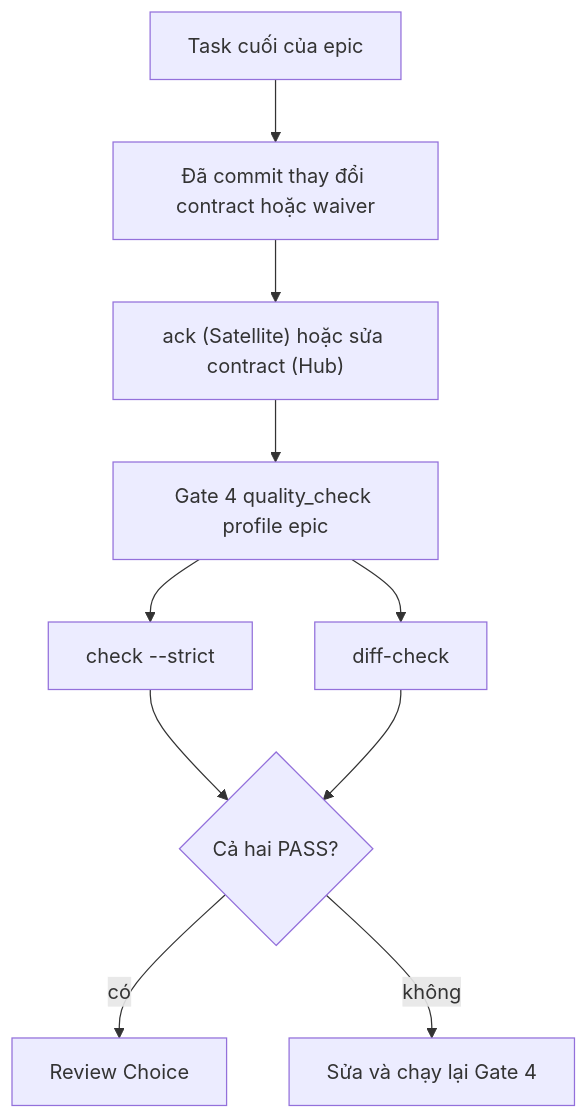
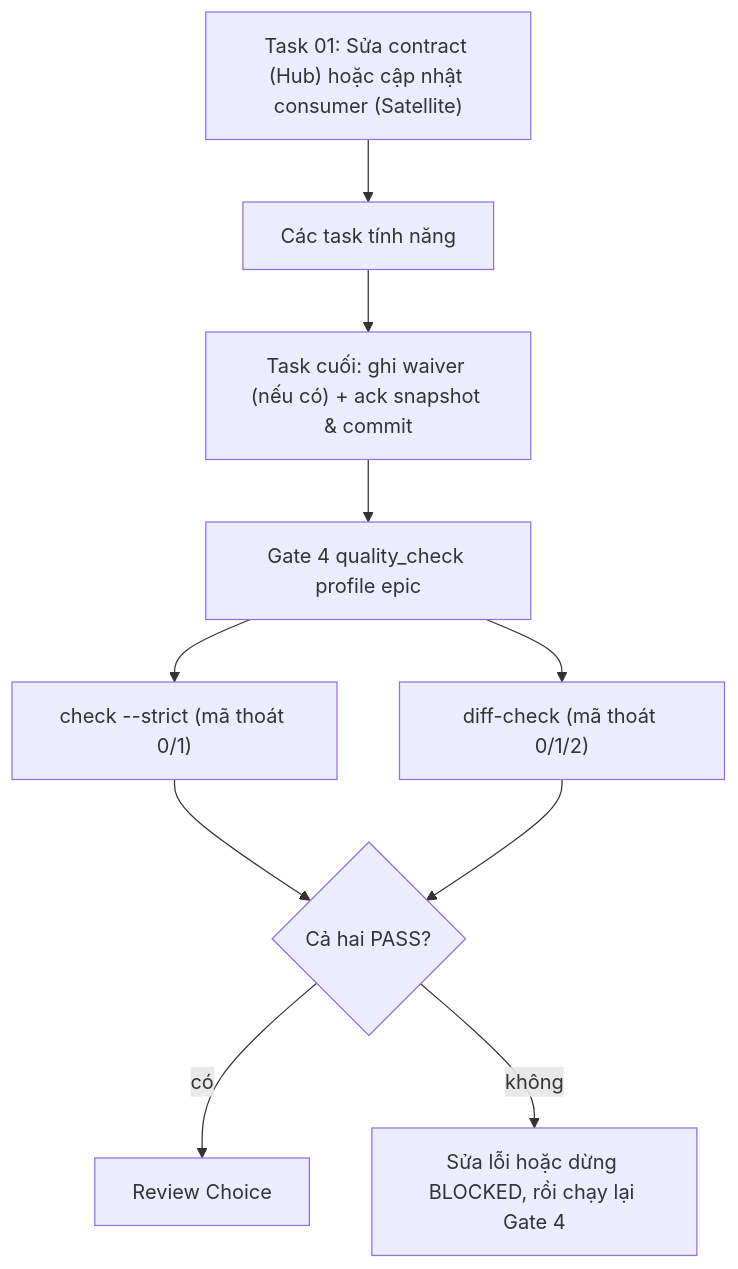
The diagram in docs/superpowers/specs/2026-10-31-contract-diff-gate-design.vi.md (DanhDue/ai-agent-tools), drawn with Mermaid before and after one commit. The commit also changed other lines of this file and 1 other file, not shown here.

First line of the commit message:
[CONTRACT_DIFF_GATE] Refine design spec with CLI, waiver, and schema details

````diff
--- a/docs/superpowers/specs/2026-10-31-contract-diff-gate-design.vi.md
+++ b/docs/superpowers/specs/2026-10-31-contract-diff-gate-design.vi.md
@@ -108,12 +168,12 @@
 ```mermaid
 flowchart TD
-    A["Task cuối của epic"] --> B["Đã commit thay đổi contract hoặc waiver"]
-    B --> C["ack (Satellite) hoặc sửa contract (Hub)"]
+    A["Task 01: Sửa contract (Hub) hoặc cập nhật consumer (Satellite)"] --> B["Các task tính năng"]
+    B --> C["Task cuối: ghi waiver (nếu có) + ack snapshot & commit"]
     C --> D["Gate 4 quality_check profile epic"]
-    D --> E["check --strict"]
-    D --> F["diff-check"]
+    D --> E["check --strict (mã thoát 0/1)"]
+    D --> F["diff-check (mã thoát 0/1/2)"]
     E --> G{"Cả hai PASS?"}
     F --> G
     G -->|có| H["Review Choice"]
-    G -->|không| I["Sửa và chạy lại Gate 4"]
+    G -->|không| I["Sửa lỗi hoặc dừng BLOCKED, rồi chạy lại Gate 4"]
 ```
````
